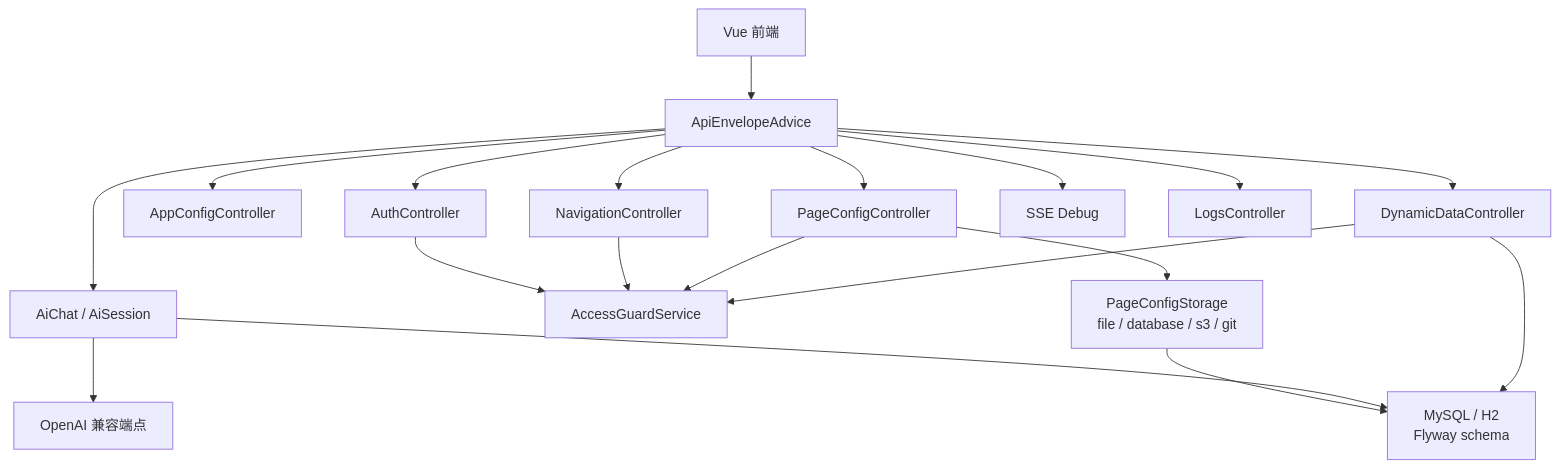
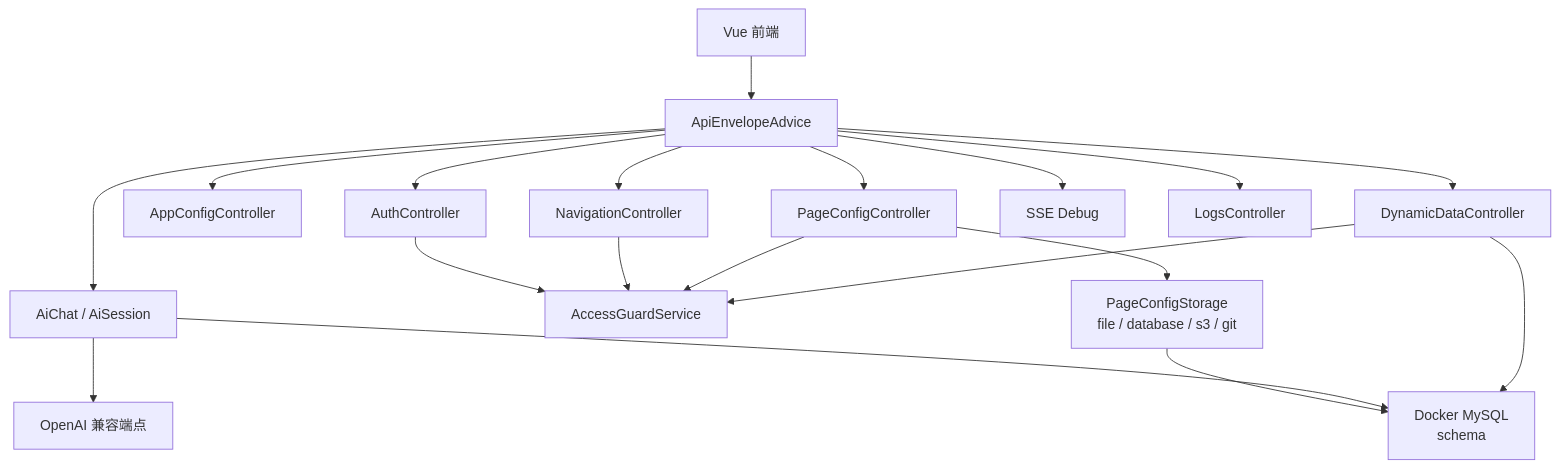
Before and after one commit to LMSpark/spark-view-vue: diagram 14 of 16 in docs/SPARK_VIEW_PROJECT_DEEP_DIVE_ZH.md, drawn with Mermaid. The commit also changed other lines of this file and 84 other files, not shown here.

````diff
--- a/docs/SPARK_VIEW_PROJECT_DEEP_DIVE_ZH.md
+++ b/docs/SPARK_VIEW_PROJECT_DEEP_DIVE_ZH.md
@@ -699,36 +699,36 @@
 ```mermaid
 flowchart TB
   FE["Vue 前端"]
   Auth["AuthController"]
   Config["AppConfigController"]
   Nav["NavigationController"]
   Page["PageConfigController"]
   AI["AiChat / AiSession"]
   Data["DynamicDataController"]
   Debug["SSE Debug"]
   Logs["LogsController"]
   Envelope["ApiEnvelopeAdvice"]
   Guard["AccessGuardService"]
   Storage["PageConfigStorage<br/>file / database / s3 / git"]
-  DB["MySQL / H2<br/>Flyway schema"]
+  DB["Docker MySQL<br/>schema"]
   LLM["OpenAI 兼容端点"]
 
   FE --> Envelope
   Envelope --> Auth
   Envelope --> Config
   Envelope --> Nav
   Envelope --> Page
   Envelope --> AI
   Envelope --> Data
   Envelope --> Debug
   Envelope --> Logs
   Auth --> Guard
   Nav --> Guard
   Page --> Guard
   Data --> Guard
   Page --> Storage
   Storage --> DB
   AI --> DB
   Data --> DB
   AI --> LLM
 ```
````
